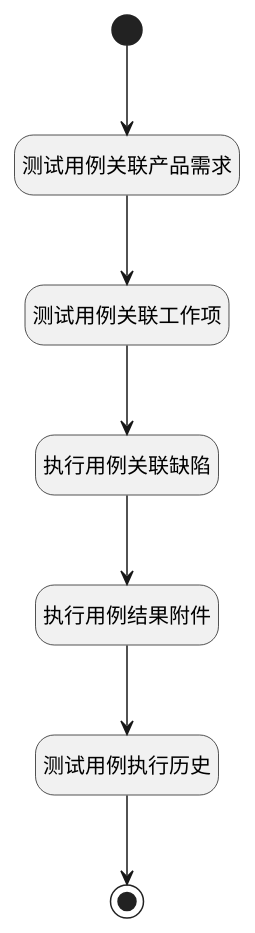
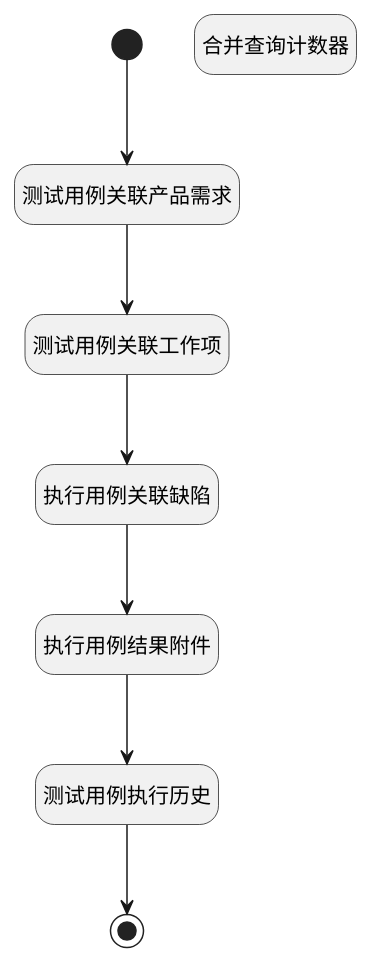
Before and after one commit to iBizLab/plm: the diagram in doc/docsify/module/TestMgmt/run/logic/run_re_counters.md, drawn with PlantUML. The commit also changed other lines of this file and 2688 other files, not shown here.

````diff
--- a/doc/docsify/module/TestMgmt/run/logic/run_re_counters.md
+++ b/doc/docsify/module/TestMgmt/run/logic/run_re_counters.md
@@ -7,29 +7,30 @@
 ```plantuml
 @startuml
 hide empty description
 <style>
 root {
   HyperlinkColor #42b983
 }
 </style>
 
 hide empty description
 state "开始" as Begin <<start>> [[$./run_re_counters#begin {"开始"}]]
-state "结束" as END1 <<end>> [[$./run_re_counters#end1 {"结束"}]]
 state "测试用例关联产品需求" as RAWSQLCALL1  [[$./run_re_counters#rawsqlcall1 {"测试用例关联产品需求"}]]
 state "测试用例关联工作项" as RAWSQLCALL2  [[$./run_re_counters#rawsqlcall2 {"测试用例关联工作项"}]]
+state "结束" as END1 <<end>> [[$./run_re_counters#end1 {"结束"}]]
 state "执行用例关联缺陷" as RAWSQLCALL3  [[$./run_re_counters#rawsqlcall3 {"执行用例关联缺陷"}]]
 state "执行用例结果附件" as RAWSQLCALL5  [[$./run_re_counters#rawsqlcall5 {"执行用例结果附件"}]]
 state "测试用例执行历史" as RAWSQLCALL4  [[$./run_re_counters#rawsqlcall4 {"测试用例执行历史"}]]
+state "合并查询计数器" as RAWSQLCALL6  [[$./run_re_counters#rawsqlcall6 {"合并查询计数器"}]]
 
 
 Begin --> RAWSQLCALL1
 RAWSQLCALL1 --> RAWSQLCALL2
 RAWSQLCALL2 --> RAWSQLCALL3
 RAWSQLCALL3 --> RAWSQLCALL5
 RAWSQLCALL5 --> RAWSQLCALL4
 RAWSQLCALL4 --> END1
 
 
 @enduml
 ```
````
